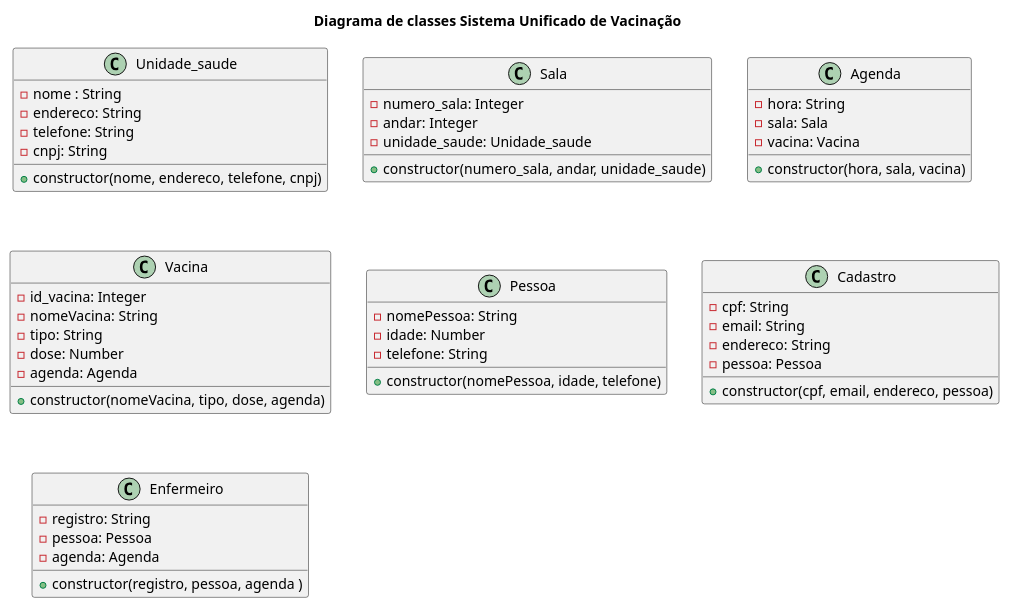
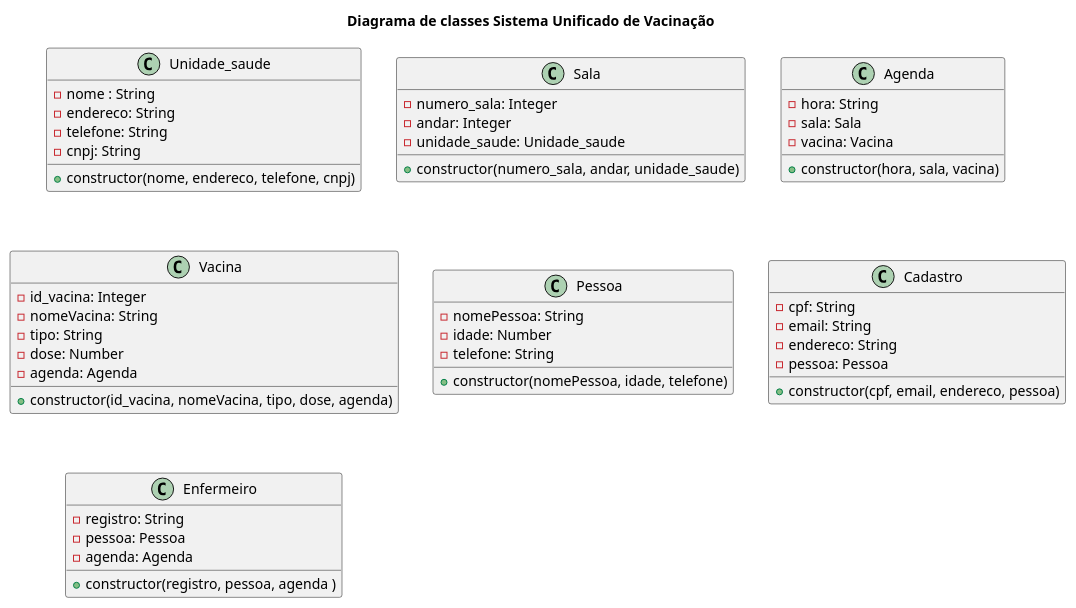
Before and after one commit to anleaes/2022-1-N2-POO-01: the diagram in diagrama_classe.plantuml, drawn with PlantUML.

Commit message:
atualizacao da classe vacina

```diff
--- a/diagrama_classe.plantuml
+++ b/diagrama_classe.plantuml
@@ -1,61 +1,61 @@
 @startuml
 
 title Diagrama de classes Sistema Unificado de Vacinação
 
 class Unidade_saude{
     - nome : String
     - endereco: String
     - telefone: String
     - cnpj: String
     + constructor(nome, endereco, telefone, cnpj)
 }
 
 class Sala{
     - numero_sala: Integer
     - andar: Integer
     - unidade_saude: Unidade_saude 
     + constructor(numero_sala, andar, unidade_saude)
 }
 
 class Agenda{
     - hora: String
     - sala: Sala
     - vacina: Vacina
     + constructor(hora, sala, vacina)
 }
 
 
 Class Vacina{
     - id_vacina: Integer
     - nomeVacina: String
     - tipo: String
     - dose: Number
     - agenda: Agenda
-    + constructor(nomeVacina, tipo, dose, agenda)
+    + constructor(id_vacina, nomeVacina, tipo, dose, agenda)
 }
 
 class Pessoa{
     - nomePessoa: String
     - idade: Number
     - telefone: String
     + constructor(nomePessoa, idade, telefone)
 }
 
 class Cadastro {
     - cpf: String
     - email: String
     - endereco: String
     - pessoa: Pessoa
     + constructor(cpf, email, endereco, pessoa)
 }
 
 class Enfermeiro {
     - registro: String
     - pessoa: Pessoa
     - agenda: Agenda
     + constructor(registro, pessoa, agenda )
 }
 
 
 
 @enduml
```
